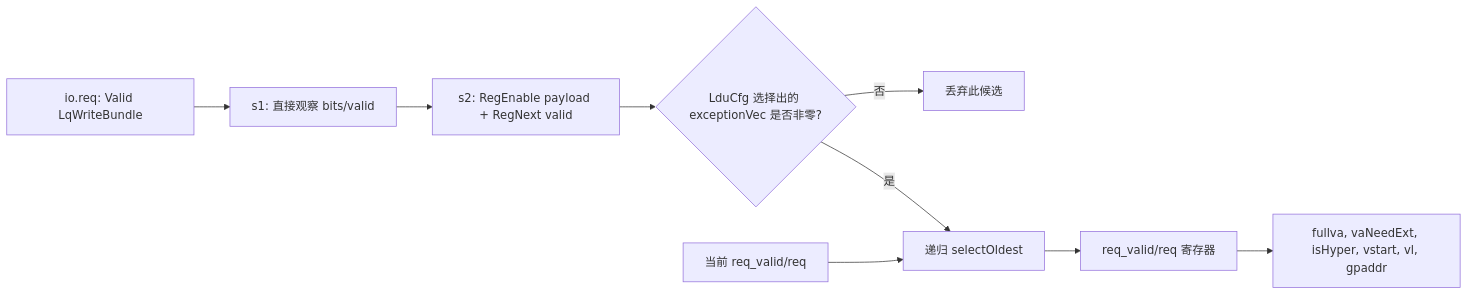
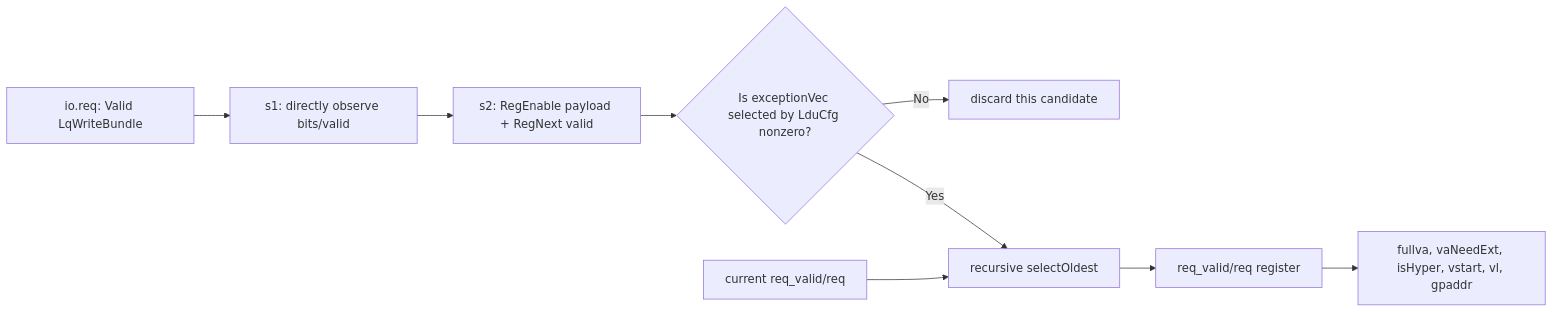
Before and after one commit to OpenXiangShan/XiangShanLab: the second of 4 diagrams in xiangshan-course/docs-en/4-xiangshan-microarchitecture-analysis/3-xiangshan-source-code-analysis/memory/LoadStore-ExceptionBuffer.md, drawn with Mermaid. The commit also changed other lines of this file and 176 other files, not shown here.

````diff
--- a/xiangshan-course/docs-en/4-xiangshan-microarchitecture-analysis/3-xiangshan-source-code-analysis/memory/LoadStore-ExceptionBuffer.md
+++ b/xiangshan-course/docs-en/4-xiangshan-microarchitecture-analysis/3-xiangshan-source-code-analysis/memory/LoadStore-ExceptionBuffer.md
@@ -108,11 +207,11 @@
 ```mermaid
 flowchart LR
-  A[io.req: Valid LqWriteBundle] --> B[s1: 直接观察 bits/valid]
+  A[io.req: Valid LqWriteBundle] --> B[s1: directly observe bits/valid]
   B --> C[s2: RegEnable payload + RegNext valid]
-  C --> D{LduCfg 选择出的 exceptionVec 是否非零?}
-  D -- 否 --> X[丢弃此候选]
-  D -- 是 --> E[递归 selectOldest]
-  R[当前 req_valid/req] --> E
-  E --> F[req_valid/req 寄存器]
+  C --> D{Is exceptionVec selected by LduCfg nonzero?}
+  D -- No --> X[discard this candidate]
+  D -- Yes --> E[recursive selectOldest]
+  R[current req_valid/req] --> E
+  E --> F[req_valid/req register]
   F --> G[fullva, vaNeedExt, isHyper, vstart, vl, gpaddr]
 ```
````
